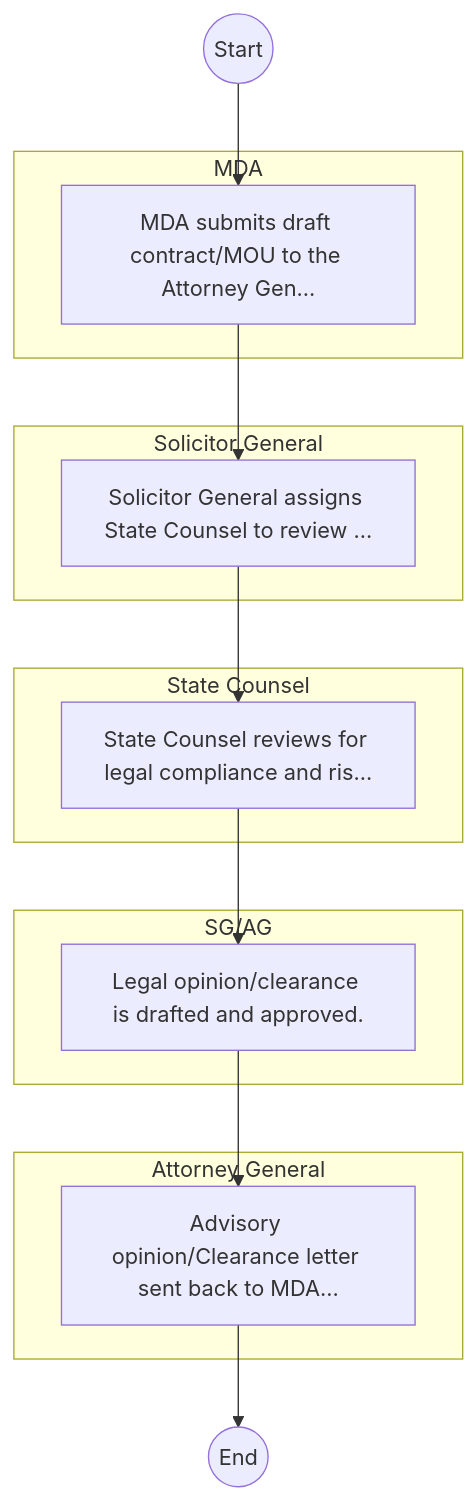
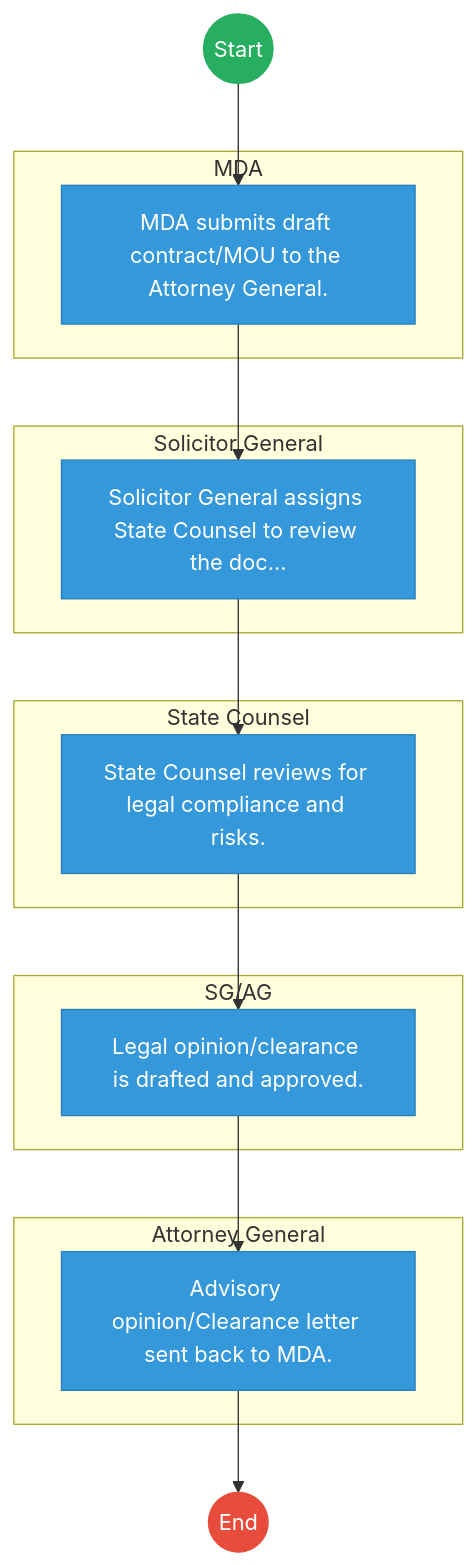
The first of 2 diagrams in mdas/docs_final/Solicitor_General___Service_Delivery.md (BITZ-IT-Consulting-LTD/ictapoc), drawn with Mermaid before and after one commit. The commit also changed other lines of this file and 461 other files, not shown here.

````diff
--- a/mdas/docs_final/Solicitor_General___Service_Delivery.md
+++ b/mdas/docs_final/Solicitor_General___Service_Delivery.md
@@ -20,24 +20,38 @@
 ```mermaid
 graph TD
     Start((Start)) --> S1
+
     subgraph MDA [MDA]
-        S1["MDA submits draft contract/MOU to the Attorney Gen..."]
+        S1["MDA submits draft contract/MOU to the Attorney General."]
     end
-    subgraph SolicitorGeneral [Solicitor General]
-        S2["Solicitor General assigns State Counsel to review ..."]
+
+    subgraph Solicitor_General [Solicitor General]
+        S2["Solicitor General assigns State Counsel to review the doc..."]
     end
-    subgraph StateCounsel [State Counsel]
-        S3["State Counsel reviews for legal compliance and ris..."]
+
+    subgraph State_Counsel [State Counsel]
+        S3["State Counsel reviews for legal compliance and risks."]
     end
-    subgraph SGAG [SG/AG]
+
+    subgraph SG_AG [SG/AG]
         S4["Legal opinion/clearance is drafted and approved."]
     end
-    subgraph AttorneyGeneral [Attorney General]
-        S5["Advisory opinion/Clearance letter sent back to MDA..."]
+
+    subgraph Attorney_General [Attorney General]
+        S5["Advisory opinion/Clearance letter sent back to MDA."]
     end
     S1 --> S2
     S2 --> S3
     S3 --> S4
     S4 --> S5
     S5 --> End((End))
+
+    classDef start fill:#27ae60,stroke:#27ae60,color:#fff;
+    classDef endNode fill:#e74c3c,stroke:#e74c3c,color:#fff;
+    classDef userTask fill:#3498db,stroke:#2980b9,color:#fff;
+    classDef serviceTask fill:#9b59b6,stroke:#8e44ad,color:#fff;
+
+    class Start start;
+    class End endNode;
+    class S1,S2,S3,S4,S5 userTask;
 ```
````
